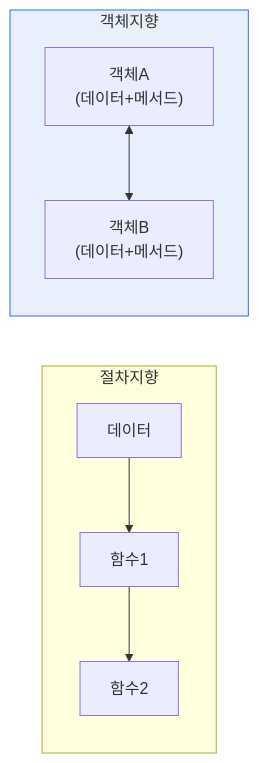
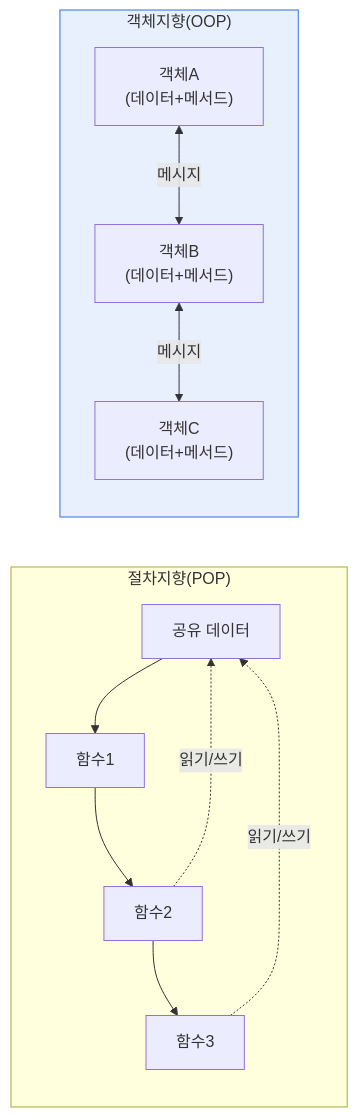
Before and after one commit to coninggu/wjdqhrhksflrltnftk: the first of 2 diagrams in content/procedural-vs-oop.md, drawn with Mermaid. The commit also changed other lines of this file and 3 other files, not shown here.

````diff
--- a/content/procedural-vs-oop.md
+++ b/content/procedural-vs-oop.md
@@ -18,10 +28,13 @@
 ```mermaid
 flowchart LR
-  subgraph POP["절차지향"]
-    D1["데이터"] --> F1[함수1] --> F2[함수2]
+  subgraph POP["절차지향(POP)"]
+    D1["공유 데이터"] --> F1["함수1"] --> F2["함수2"] --> F3["함수3"]
+    F2 -.읽기/쓰기.-> D1
+    F3 -.읽기/쓰기.-> D1
   end
-  subgraph OOP["객체지향"]
-    O1["객체A<br/>(데이터+메서드)"] <--> O2["객체B<br/>(데이터+메서드)"]
+  subgraph OOP["객체지향(OOP)"]
+    O1["객체A<br/>(데이터+메서드)"] <-- "메시지" --> O2["객체B<br/>(데이터+메서드)"]
+    O2 <-- "메시지" --> O3["객체C<br/>(데이터+메서드)"]
   end
   style OOP fill:#e8f0fe,stroke:#2f6fed
 ```
````
